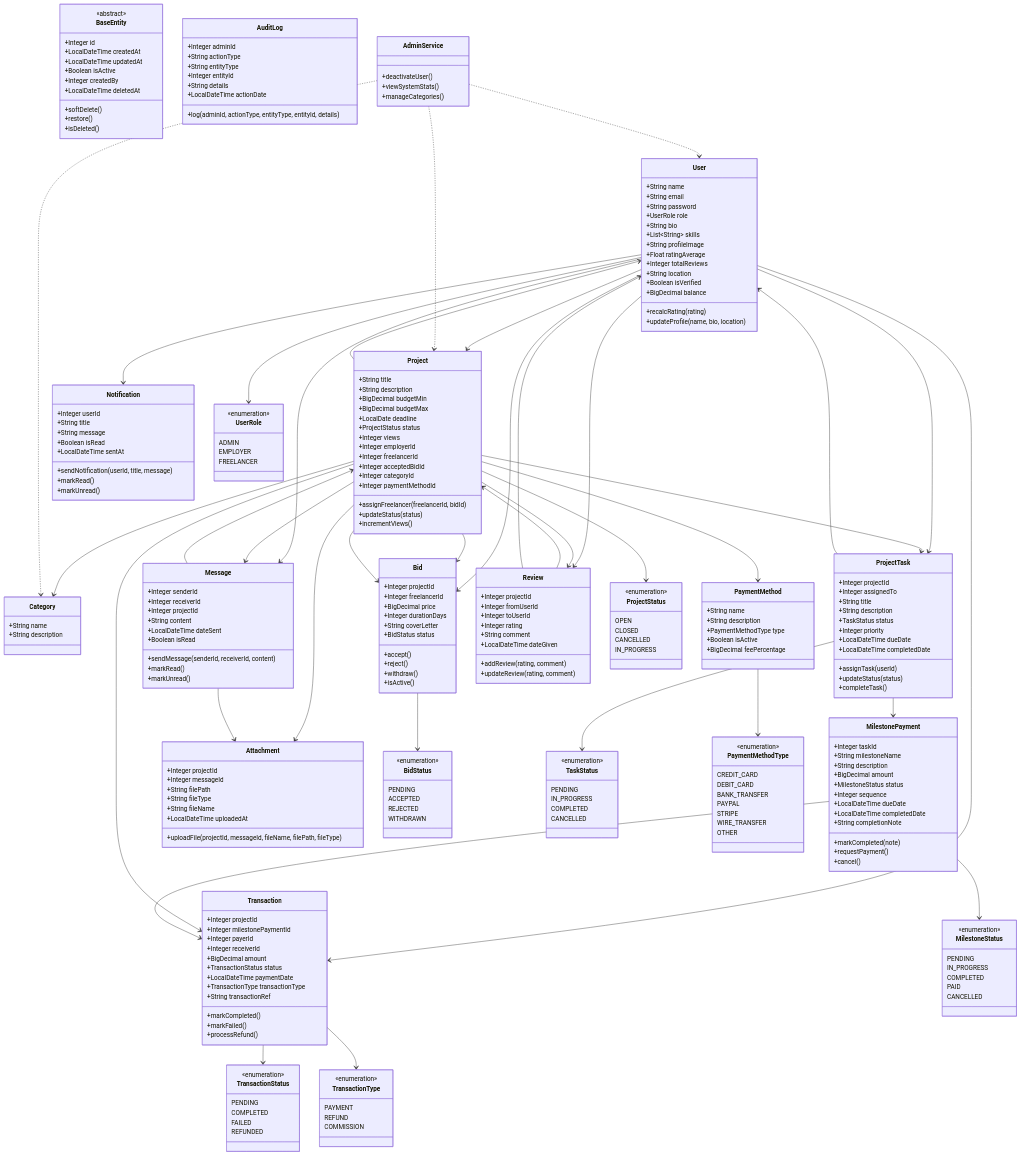
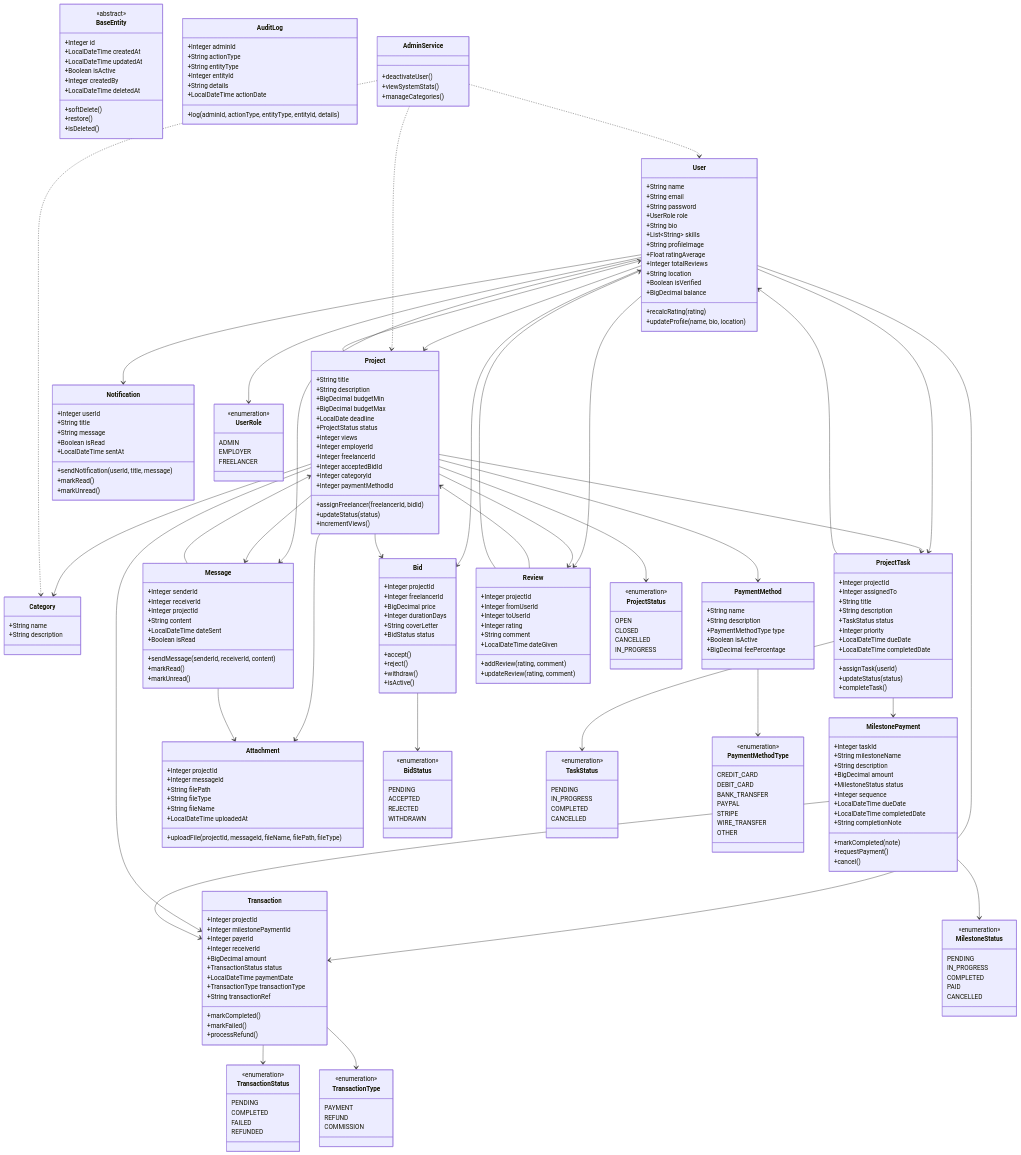
One commit to korukmezomer/new-repos changed the diagram in UPDATED_UML_DIAGRAM.md. Above: the diagram before and after it, drawn with Mermaid. The commit also changed other lines of this file, not shown here.

```diff
--- a/UPDATED_UML_DIAGRAM.md
+++ b/UPDATED_UML_DIAGRAM.md
@@ -259,7 +259,7 @@
 
     %% FREELANCER PLATFORM BUSINESS RELATIONSHIPS WITH CARDINALITY
     
-    %% User Core Relationships (1:n)
+    %% User Relationships (1:n)
     User --> Project
     User --> Bid
     User --> ProjectTask
@@ -268,7 +268,7 @@
     User --> Notification
     User --> Review
     
-    %% Project Core Relationships
+    %% Project Relationships
     Project --> Bid
     Project --> ProjectTask
     Project --> Message
@@ -277,7 +277,6 @@
     Project --> Transaction
     Project --> Category
     Project --> PaymentMethod
-    Project --> Bid
     Project --> User
     
     %% Task and Milestone Relationships
```
